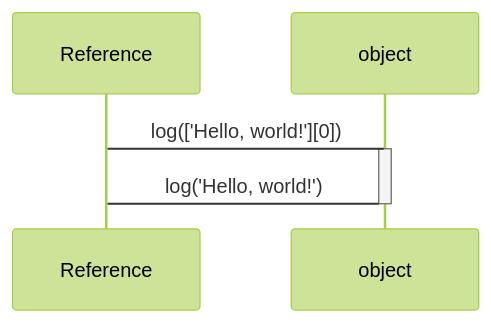
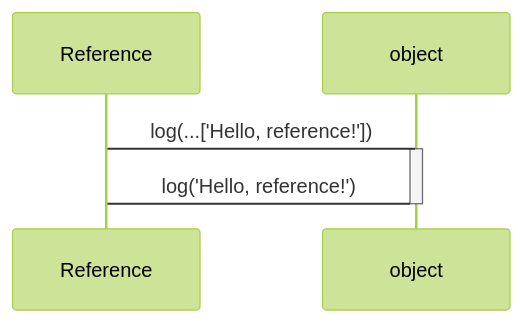
Before and after one commit to domrally/peekeasy: the third of 5 diagrams in README.md, drawn with Mermaid (forest theme). The commit also changed other lines of this file and 1 other file, not shown here.

````diff
--- a/README.md
+++ b/README.md
@@ -100,7 +97,7 @@
 ```mermaid
 sequenceDiagram
-    Reference->object: log(['Hello, world!'][0])
+    Reference->object: log(...['Hello, reference!'])
     activate object
-    object->Reference: log('Hello, world!')
+    object->Reference: log('Hello, reference!')
     deactivate object
 ```
````
